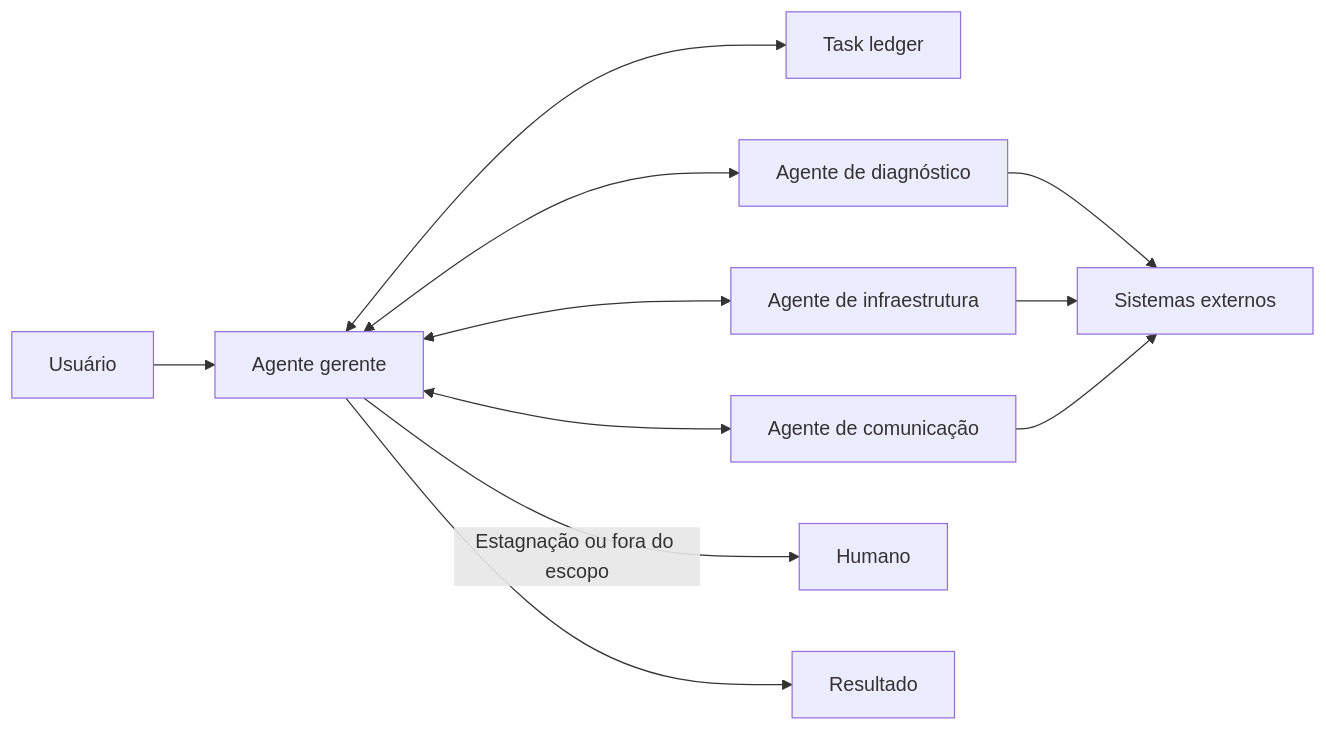
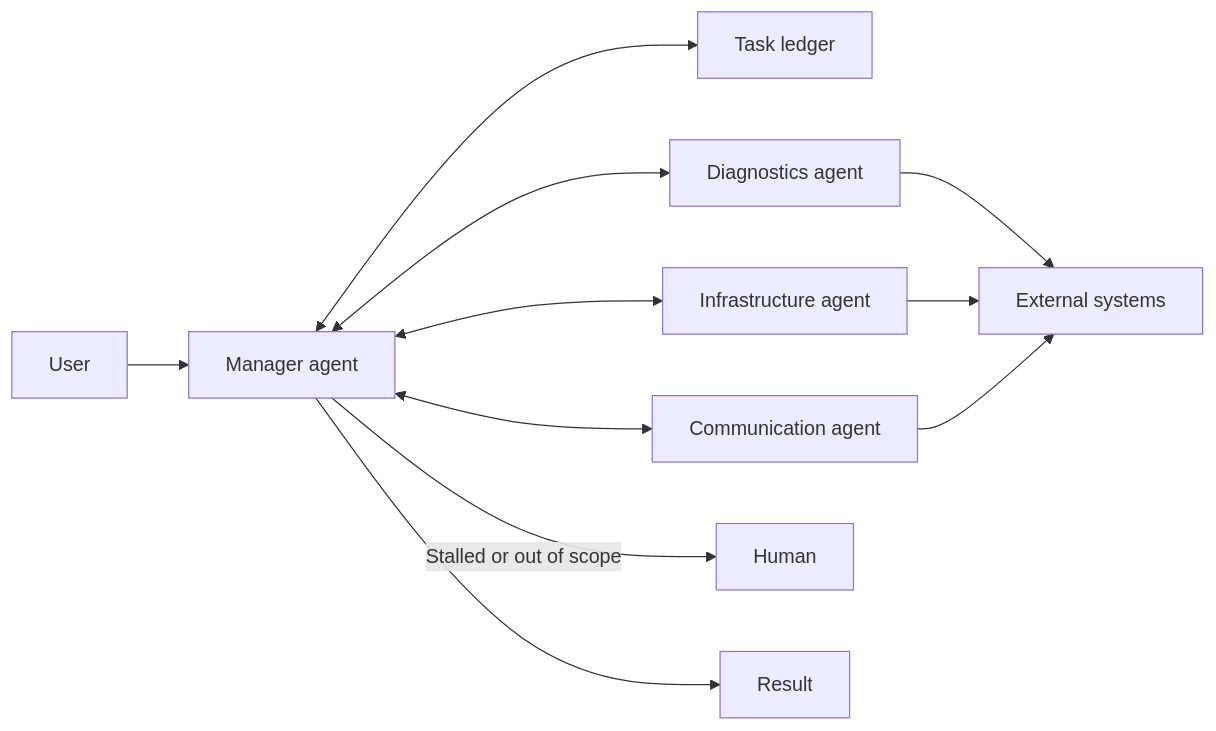
Before and after one commit to alancesar/design-patterns: the diagram in docs/ai/agent-orchestration/dynamic-orchestration/magentic-orchestration.md, drawn with Mermaid. The commit also changed 258 other files, not shown here.

First line of the commit message:
Translate Mermaid diagrams to English

````diff
--- a/docs/ai/agent-orchestration/dynamic-orchestration/magentic-orchestration.md
+++ b/docs/ai/agent-orchestration/dynamic-orchestration/magentic-orchestration.md
@@ -60,13 +60,13 @@
 ```mermaid
 flowchart LR
-    U["Usuário"] --> M["Agente gerente"]
+    U["User"] --> M["Manager agent"]
     M <--> L["Task ledger"]
-    M <--> A1["Agente de diagnóstico"]
-    M <--> A2["Agente de infraestrutura"]
-    M <--> A3["Agente de comunicação"]
-    A1 --> S["Sistemas externos"]
+    M <--> A1["Diagnostics agent"]
+    M <--> A2["Infrastructure agent"]
+    M <--> A3["Communication agent"]
+    A1 --> S["External systems"]
     A2 --> S
     A3 --> S
-    M -->|"Estagnação ou fora do escopo"| H["Humano"]
-    M --> R["Resultado"]
+    M -->|"Stalled or out of scope"| H["Human"]
+    M --> R["Result"]
 ```
````
